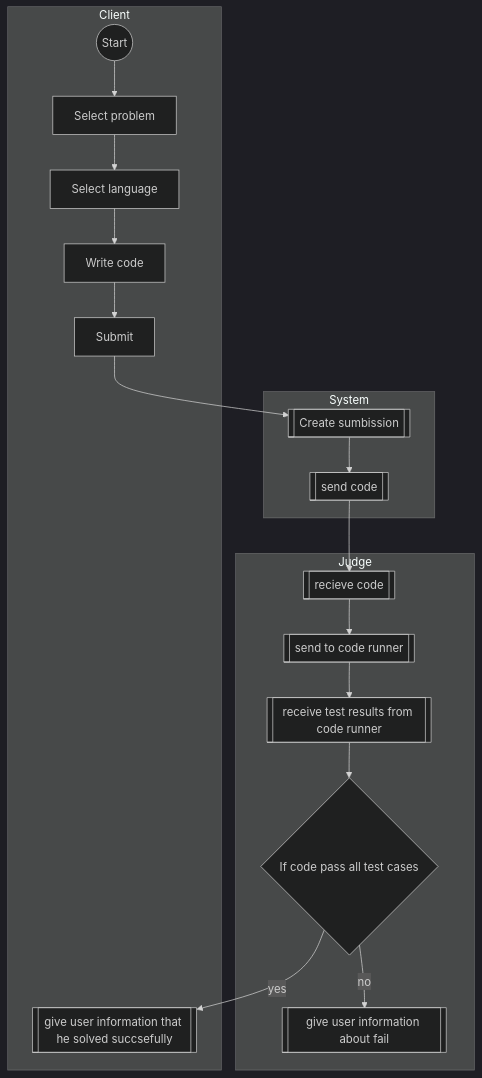
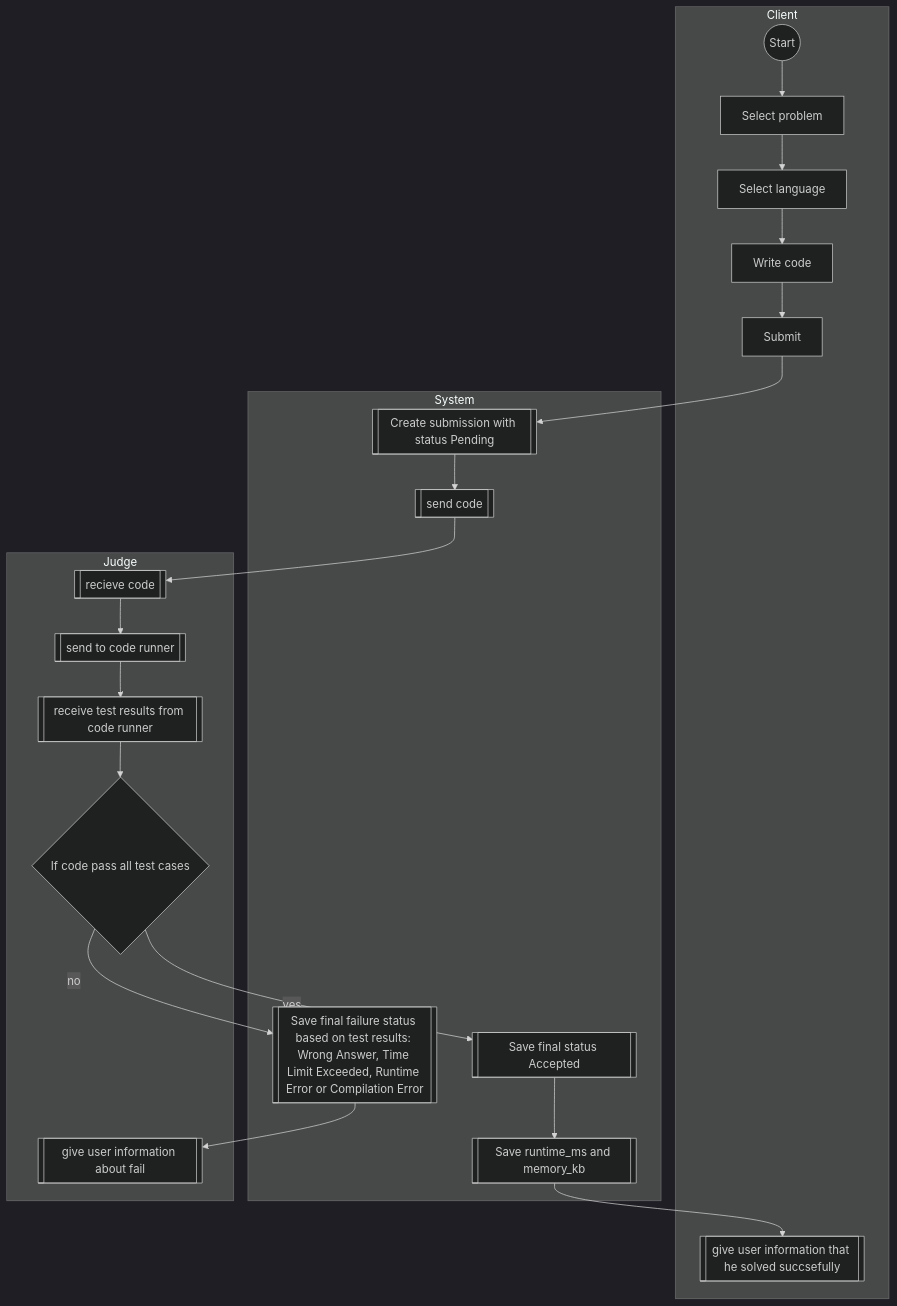
One commit to Cammp3r/KPI-2-LABS changed the diagram in lab4/activity.md. Above: the diagram before and after it, drawn with Mermaid (dark theme). The commit also changed 1 other file, not shown here.

Commit message:
added more statuses and metrics in activity

````diff
--- a/lab4/activity.md
+++ b/lab4/activity.md
@@ -1,24 +1,30 @@
 ```mermaid
 flowchart TD
     subgraph Client
         A((Start)) --> B[Select problem]
         B --> C[Select language]
         C --> D[Write code]
         D --> E[Submit]
         D1
         end
     subgraph System
-        E --> F[[Create sumbission]]
+        E --> F[[Create submission with status Pending]]
         F --> G0[[send code]]
+        S1[[Save final status Accepted]]
+        S2[[Save runtime_ms and memory_kb]]
+        S3[[Save final failure status based on test results: Wrong Answer, Time Limit Exceeded, Runtime Error or Compilation Error]]
         
     end
     subgraph Judge
     G0 --> G1[[recieve code]]
     G1 --> G2[[send to code runner]]
     G2 --> G4[[receive test results from code runner]]
     G4 --> G{If code pass all test cases}
-    G --> |no| G3[[give user information about fail]]
-    G --> |yes| D1[[give user information that he solved succsefully]]
+    G --> |no| S3
+    S3 --> G3[[give user information about fail]]
+    G --> |yes| S1
+    S1 --> S2
+    S2 --> D1[[give user information that he solved succsefully]]
     end
 
 ```
````
